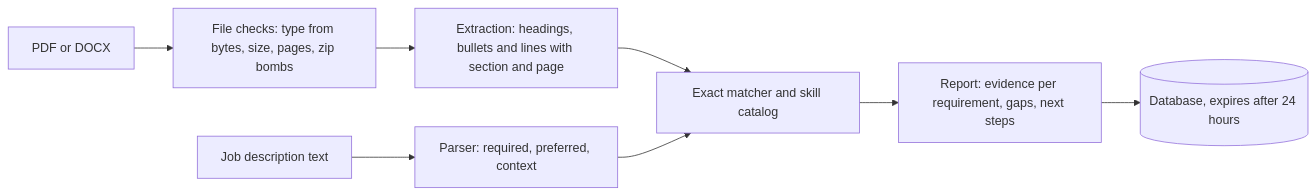
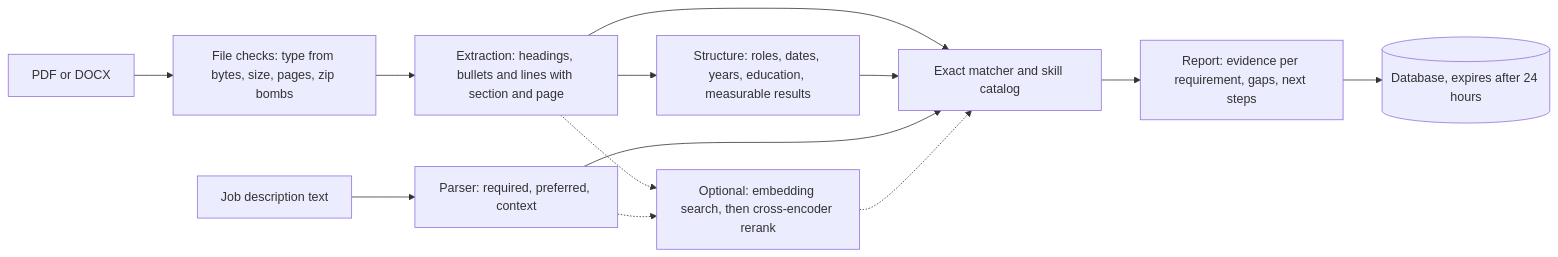
Before and after one commit to rahulmurarisetty/resume-evidence-matcher: the diagram in README.md, drawn with Mermaid. The commit also changed other lines of this file and 29 other files, not shown here.

````diff
--- a/README.md
+++ b/README.md
@@ -136,10 +218,15 @@
 ```mermaid
 flowchart LR
     A[PDF or DOCX] --> B[File checks: type from bytes, size, pages, zip bombs]
     B --> C[Extraction: headings, bullets and lines with section and page]
+    C --> S[Structure: roles, dates, years, education, measurable results]
     D[Job description text] --> E[Parser: required, preferred, context]
     C --> F[Exact matcher and skill catalog]
+    S --> F
     E --> F
+    C -.-> M[Optional: embedding search, then cross-encoder rerank]
+    E -.-> M
+    M -.-> F
     F --> G[Report: evidence per requirement, gaps, next steps]
     G --> H[(Database, expires after 24 hours)]
 ```
````
